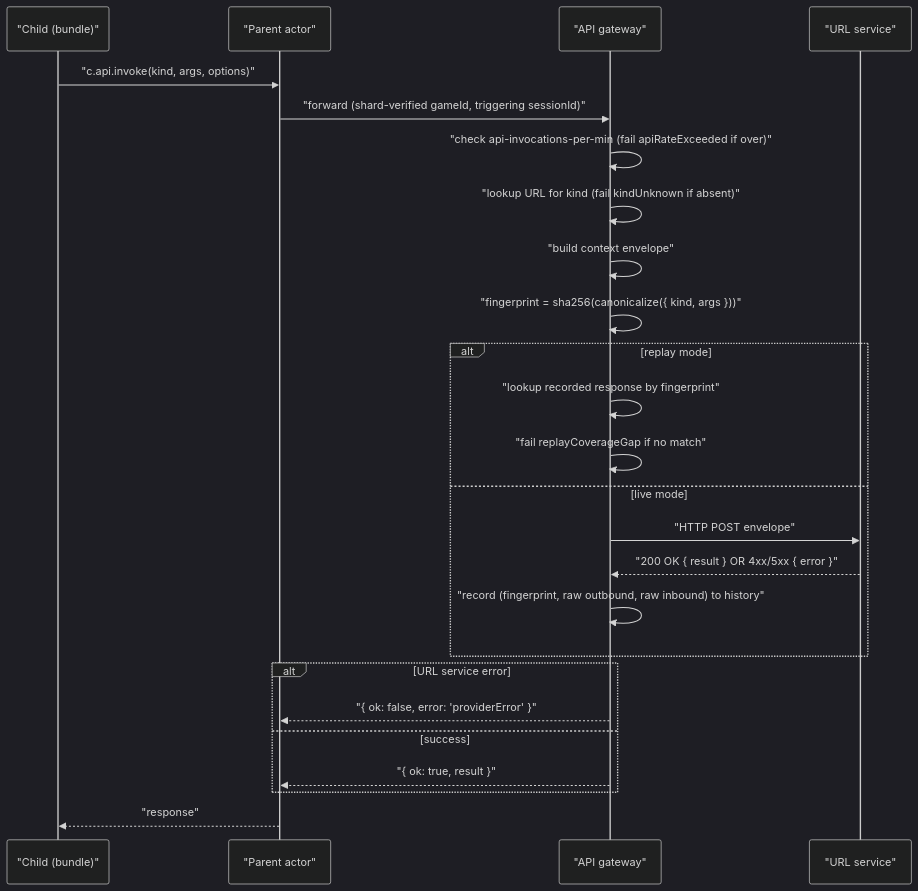
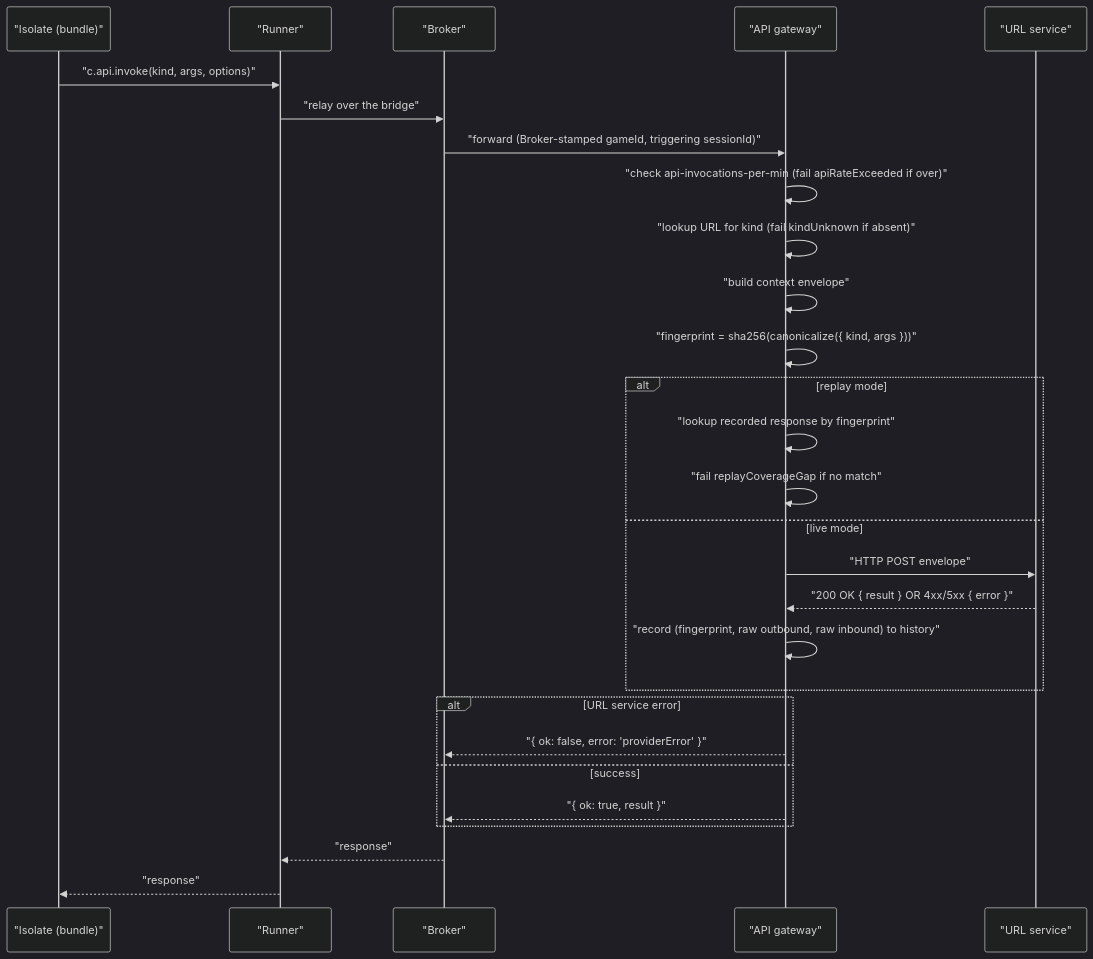
Before and after one commit to pax-historia/pax-backend: the diagram in docs-next/contract/external-api-channel.md, drawn with Mermaid (dark theme). The commit also changed other lines of this file and 46 other files, not shown here.

First line of the commit message:
Rewrite docs-next around Broker/Runner and one-state-object storage

````diff
--- a/docs-next/contract/external-api-channel.md
+++ b/docs-next/contract/external-api-channel.md
@@ -219,28 +219,31 @@
 ```mermaid
 sequenceDiagram
-  participant Child as "Child (bundle)"
-  participant Parent as "Parent actor"
+  participant Iso as "Isolate (bundle)"
+  participant Runner as "Runner"
+  participant Broker as "Broker"
   participant GW as "API gateway"
   participant Svc as "URL service"
 
-  Child->>Parent: "c.api.invoke(kind, args, options)"
-  Parent->>GW: "forward (shard-verified gameId, triggering sessionId)"
+  Iso->>Runner: "c.api.invoke(kind, args, options)"
+  Runner->>Broker: "relay over the bridge"
+  Broker->>GW: "forward (Broker-stamped gameId, triggering sessionId)"
   GW->>GW: "check api-invocations-per-min (fail apiRateExceeded if over)"
   GW->>GW: "lookup URL for kind (fail kindUnknown if absent)"
   GW->>GW: "build context envelope"
   GW->>GW: "fingerprint = sha256(canonicalize({ kind, args }))"
   alt replay mode
     GW->>GW: "lookup recorded response by fingerprint"
     GW->>GW: "fail replayCoverageGap if no match"
   else live mode
     GW->>Svc: "HTTP POST envelope"
     Svc-->>GW: "200 OK { result } OR 4xx/5xx { error }"
     GW->>GW: "record (fingerprint, raw outbound, raw inbound) to history"
   end
   alt URL service error
-    GW-->>Parent: "{ ok: false, error: 'providerError' }"
+    GW-->>Broker: "{ ok: false, error: 'providerError' }"
   else success
-    GW-->>Parent: "{ ok: true, result }"
+    GW-->>Broker: "{ ok: true, result }"
   end
-  Parent-->>Child: "response"
+  Broker-->>Runner: "response"
+  Runner-->>Iso: "response"
 ```
````
